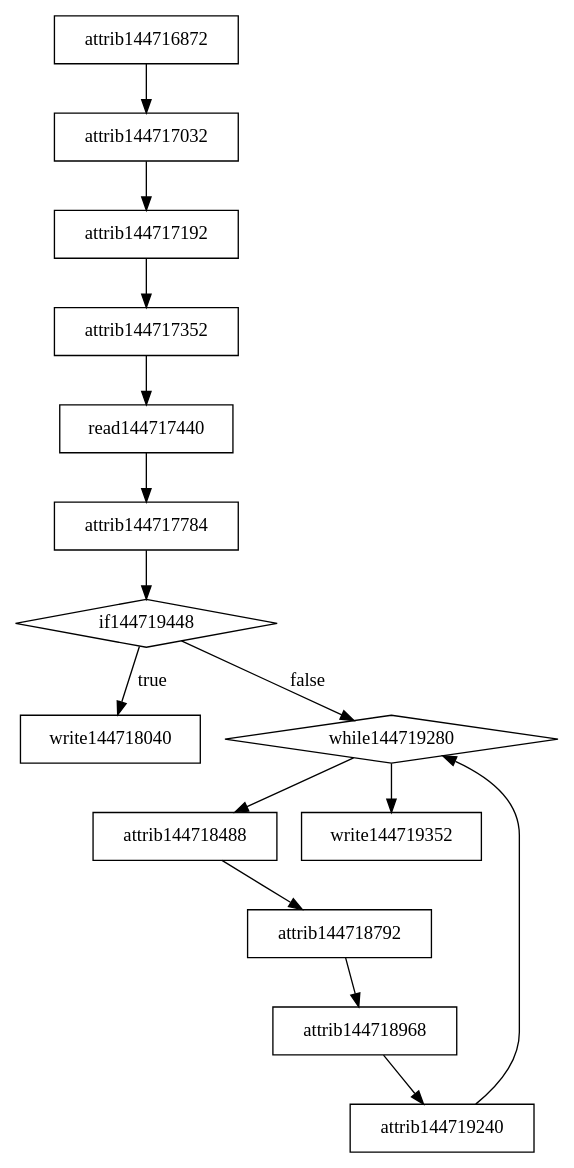
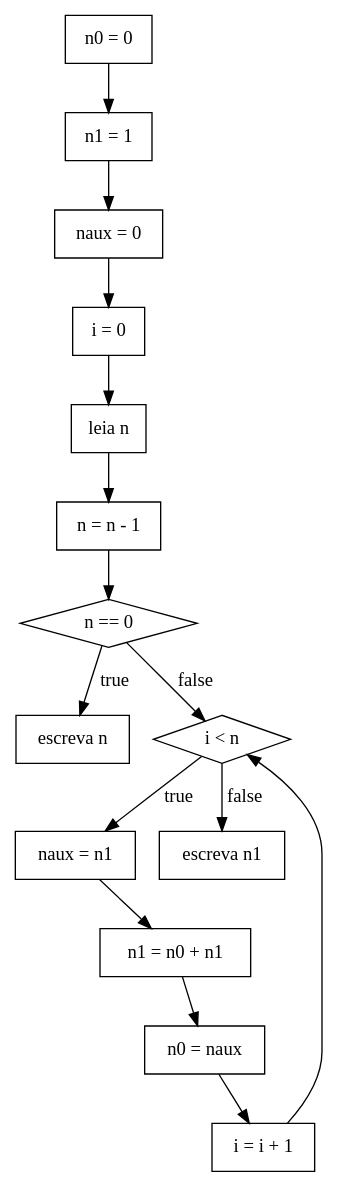
Before and after one commit to bbcoimbra/compiler: the diagram in examples/fibonacci/fibonacci.dot, drawn with Graphviz.

Commit message:
recompiled with correct labels

```diff
--- a/examples/fibonacci/fibonacci.dot
+++ b/examples/fibonacci/fibonacci.dot
@@ -1,19 +1,33 @@
 digraph program {
 node [shape=box];
-attrib144716872 -> attrib144717032;
-attrib144717032 -> attrib144717192;
-attrib144717192 -> attrib144717352;
-attrib144717352 -> read144717440;
-read144717440 -> attrib144717784;
-attrib144717784 -> if144719448;
-if144719448 -> write144718040 [label ="true"];
-write144718040;
-if144719448 -> while144719280 [label ="false"];
-while144719280 -> attrib144718488;
-attrib144718488 -> attrib144718792;
-attrib144718792 -> attrib144718968;
-attrib144718968 -> attrib144719240;
-attrib144719240 -> while144719280;
-while144719280 -> write144719352;
-write144719352;
-if144719448 [shape=diamond];while144719280 [shape=diamond];}
+attrib149394144 [label = "n0 = 0" ];
+attrib149394304 [label = "n1 = 1" ];
+attrib149394464 [label = "naux = 0" ];
+attrib149394624 [label = "i = 0" ];
+read149394712 [label = "leia n" ];
+attrib149395056 [label = "n = n - 1" ];
+if149396720 [label = " n == 0" ];
+write149395312 [label = "escreva n" ];
+while149396552 [label = " i < n" ];
+attrib149395760 [label = "naux = n1" ];
+attrib149396064 [label = "n1 = n0 + n1" ];
+attrib149396240 [label = "n0 = naux" ];
+attrib149396512 [label = "i = i + 1" ];
+write149396624 [label = "escreva n1" ];
+attrib149394144 -> attrib149394304;
+attrib149394304 -> attrib149394464;
+attrib149394464 -> attrib149394624;
+attrib149394624 -> read149394712;
+read149394712 -> attrib149395056;
+attrib149395056 -> if149396720;
+if149396720 -> write149395312 [label ="true"];
+write149395312;
+if149396720 -> while149396552 [label ="false"];
+while149396552 -> attrib149395760 [label ="true"];
+attrib149395760 -> attrib149396064;
+attrib149396064 -> attrib149396240;
+attrib149396240 -> attrib149396512;
+attrib149396512 -> while149396552;
+while149396552 -> write149396624 [label ="false"];
+write149396624;
+if149396720 [shape=diamond];while149396552 [shape=diamond];}
```
